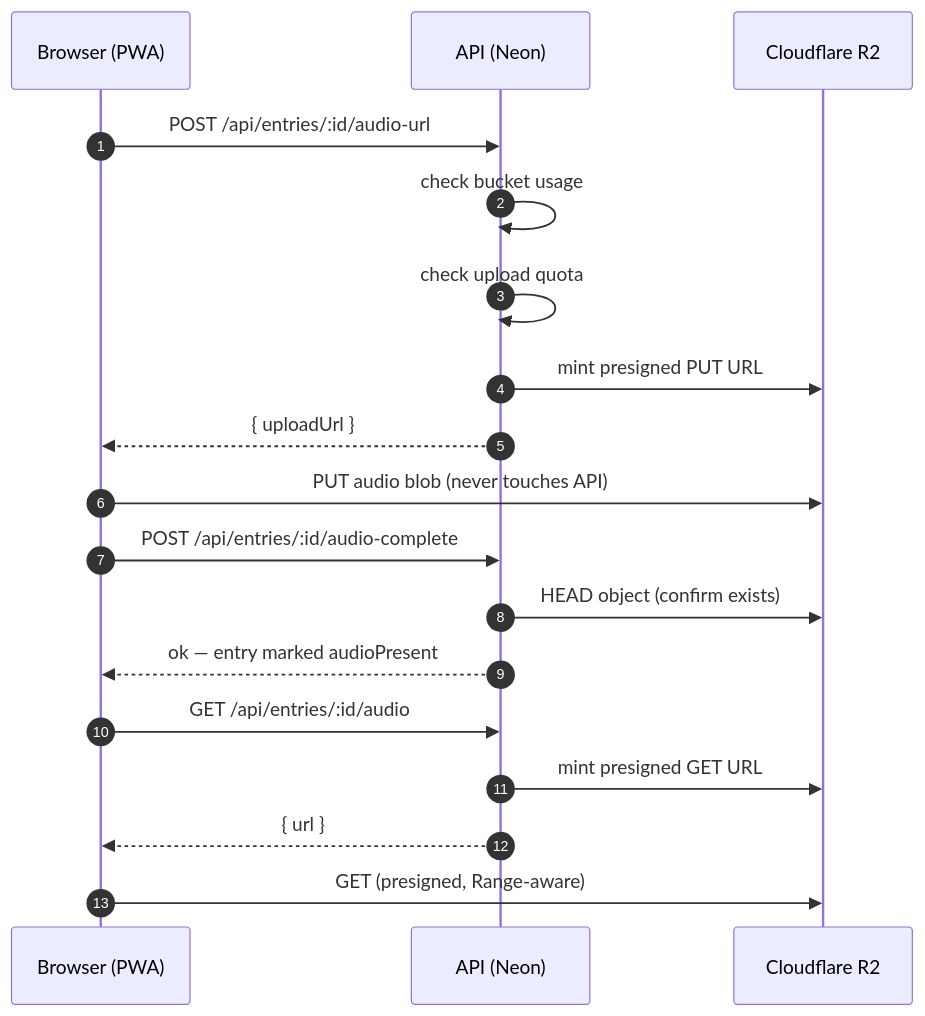
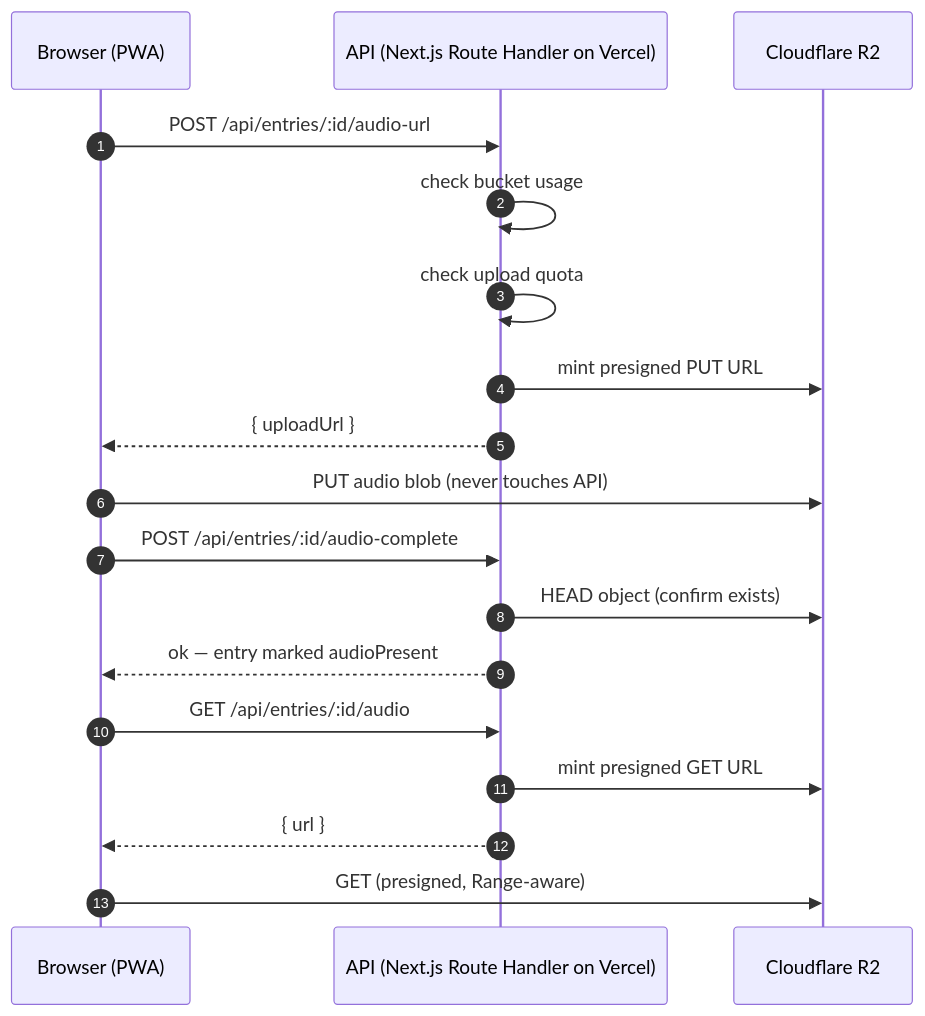
Before and after one commit to imsudip/willow: the second of 2 diagrams in ARCHITECTURE.md, drawn with Mermaid. The commit also changed other lines of this file and 120 other files, not shown here.

First line of the commit message:
feat: migrate to Next.js (merge Hono API + Vite PWA into one app) (#3)

````diff
--- a/ARCHITECTURE.md
+++ b/ARCHITECTURE.md
@@ -107,23 +109,23 @@
 ```mermaid
 sequenceDiagram
     autonumber
     participant C as Browser (PWA)
-    participant A as API (Neon)
+    participant A as API (Next.js Route Handler on Vercel)
     participant R as Cloudflare R2
 
     C->>A: POST /api/entries/:id/audio-url
     A->>A: check bucket usage
     A->>A: check upload quota
     A->>R: mint presigned PUT URL
     A-->>C: { uploadUrl }
 
     C->>R: PUT audio blob (never touches API)
     C->>A: POST /api/entries/:id/audio-complete
     A->>R: HEAD object (confirm exists)
     A-->>C: ok — entry marked audioPresent
 
     C->>A: GET /api/entries/:id/audio
     A->>R: mint presigned GET URL
     A-->>C: { url }
     C->>R: GET (presigned, Range-aware)
 ```
````
